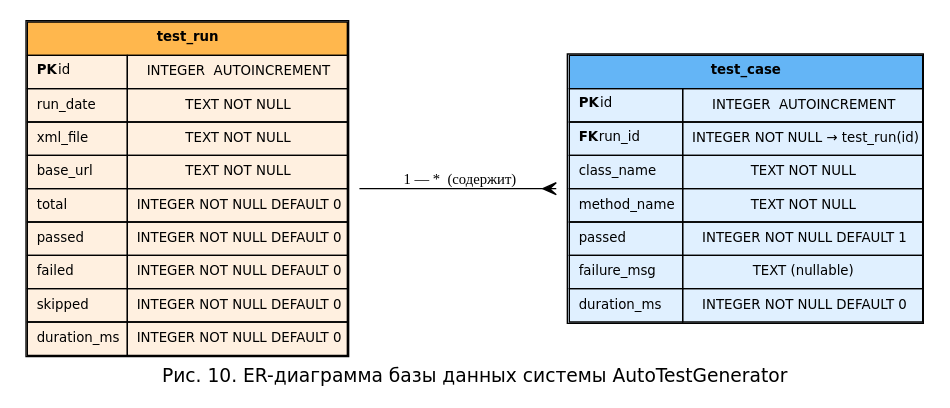
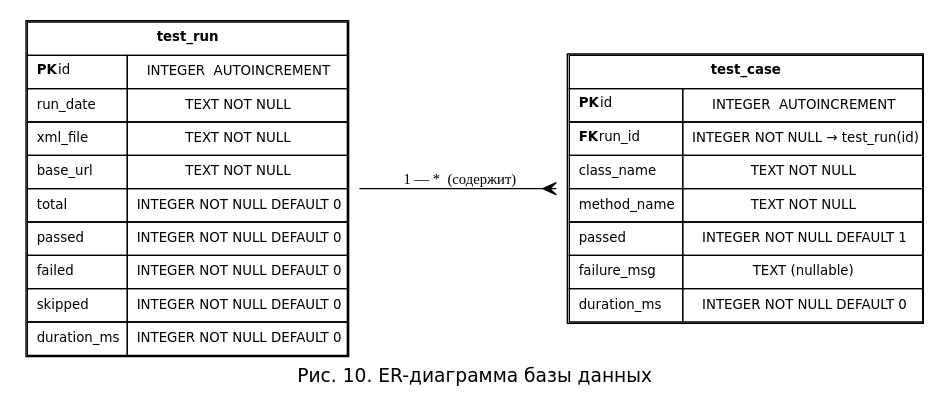
Before and after one commit to nastolbov/AutoTestGeneratorUpdate: the diagram in diagrams/er.dot, drawn with Graphviz. The commit also changed 37 other files, not shown here.

```diff
--- a/diagrams/er.dot
+++ b/diagrams/er.dot
@@ -1,38 +1,34 @@
 digraph ER {
-    rankdir=LR;
-    fontname="DejaVu Sans";
-    label="Рис. 10. ER-диаграмма базы данных системы AutoTestGenerator";
-    labelloc="b";
-    fontsize=14;
-    nodesep=0.6;
-
+    rankdir=LR; fontname="DejaVu Sans"; fontsize=14;
+    label="Рис. 10. ER-диаграмма базы данных"; labelloc=b;
+    nodesep=0.7;
     node [fontname="DejaVu Sans", fontsize=10, shape=plaintext];
 
     test_run [label=<
-        <TABLE BORDER="1" CELLBORDER="1" CELLSPACING="0" CELLPADDING="6" BGCOLOR="#FFF0E0">
-        <TR><TD BGCOLOR="#FFB74D" COLSPAN="2"><B>test_run</B></TD></TR>
+        <TABLE BORDER="1" CELLBORDER="1" CELLSPACING="0" CELLPADDING="6" BGCOLOR="white">
+        <TR><TD COLSPAN="2"><B>test_run</B></TD></TR>
         <TR><TD ALIGN="LEFT"><B>PK</B> id</TD><TD>INTEGER  AUTOINCREMENT</TD></TR>
         <TR><TD ALIGN="LEFT">run_date</TD><TD>TEXT NOT NULL</TD></TR>
         <TR><TD ALIGN="LEFT">xml_file</TD><TD>TEXT NOT NULL</TD></TR>
         <TR><TD ALIGN="LEFT">base_url</TD><TD>TEXT NOT NULL</TD></TR>
         <TR><TD ALIGN="LEFT">total</TD><TD>INTEGER NOT NULL DEFAULT 0</TD></TR>
         <TR><TD ALIGN="LEFT">passed</TD><TD>INTEGER NOT NULL DEFAULT 0</TD></TR>
         <TR><TD ALIGN="LEFT">failed</TD><TD>INTEGER NOT NULL DEFAULT 0</TD></TR>
         <TR><TD ALIGN="LEFT">skipped</TD><TD>INTEGER NOT NULL DEFAULT 0</TD></TR>
         <TR><TD ALIGN="LEFT">duration_ms</TD><TD>INTEGER NOT NULL DEFAULT 0</TD></TR>
         </TABLE>>];
 
     test_case [label=<
-        <TABLE BORDER="1" CELLBORDER="1" CELLSPACING="0" CELLPADDING="6" BGCOLOR="#E0F0FF">
-        <TR><TD BGCOLOR="#64B5F6" COLSPAN="2"><B>test_case</B></TD></TR>
+        <TABLE BORDER="1" CELLBORDER="1" CELLSPACING="0" CELLPADDING="6" BGCOLOR="white">
+        <TR><TD COLSPAN="2"><B>test_case</B></TD></TR>
         <TR><TD ALIGN="LEFT"><B>PK</B> id</TD><TD>INTEGER  AUTOINCREMENT</TD></TR>
         <TR><TD ALIGN="LEFT"><B>FK</B> run_id</TD><TD>INTEGER NOT NULL → test_run(id)</TD></TR>
         <TR><TD ALIGN="LEFT">class_name</TD><TD>TEXT NOT NULL</TD></TR>
         <TR><TD ALIGN="LEFT">method_name</TD><TD>TEXT NOT NULL</TD></TR>
         <TR><TD ALIGN="LEFT">passed</TD><TD>INTEGER NOT NULL DEFAULT 1</TD></TR>
         <TR><TD ALIGN="LEFT">failure_msg</TD><TD>TEXT (nullable)</TD></TR>
         <TR><TD ALIGN="LEFT">duration_ms</TD><TD>INTEGER NOT NULL DEFAULT 0</TD></TR>
         </TABLE>>];
 
     test_run -> test_case [label="  1 — *  (содержит)", arrowhead=crow, arrowtail=none, dir=both, fontsize=11];
 }
```
